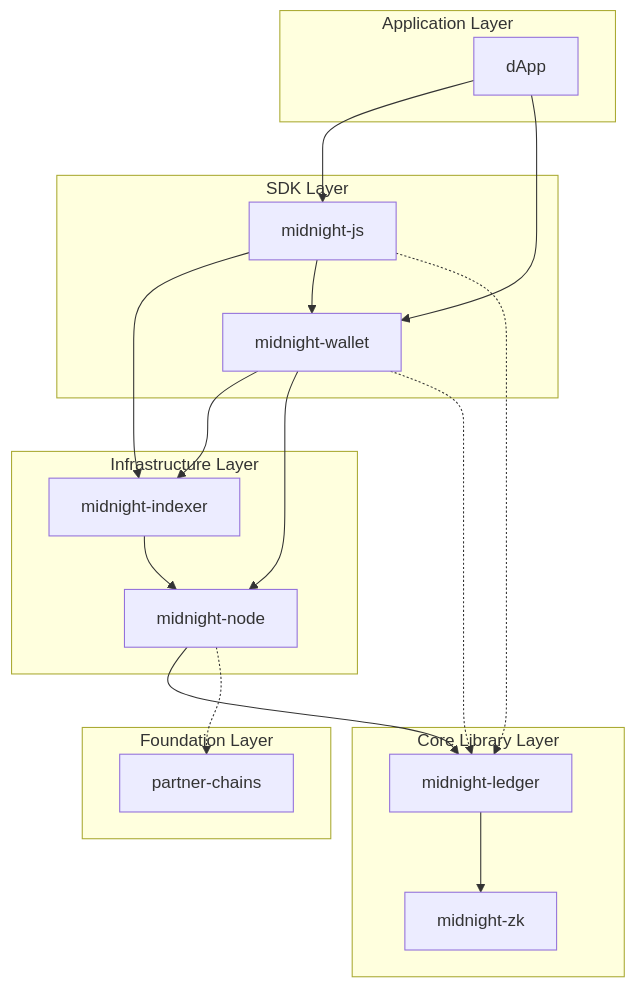
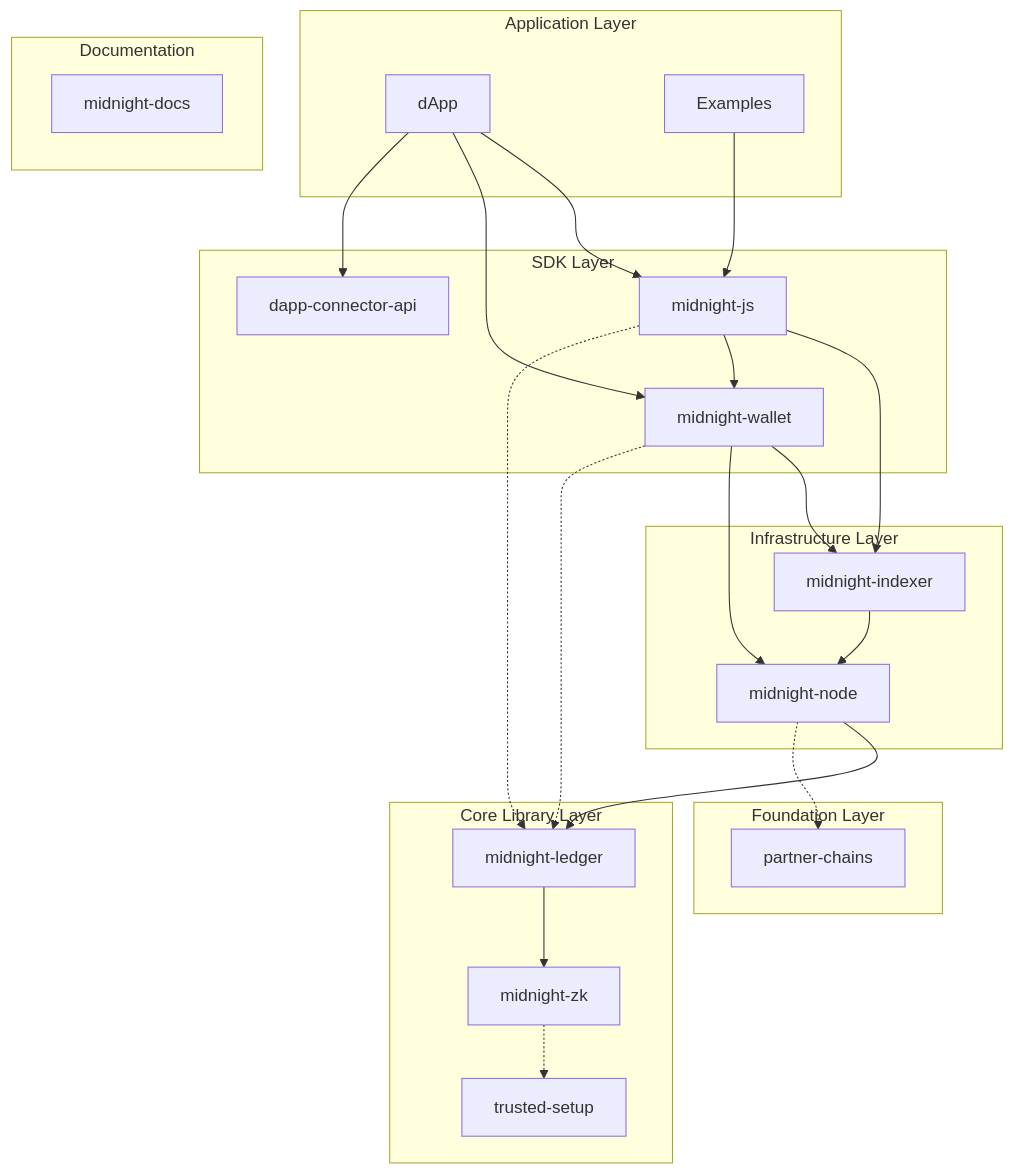
Before and after one commit to foxytanuki/midnight-sandbox: the diagram in submodules/README.md, drawn with Mermaid. The commit also changed other lines of this file, not shown here.

Commit message:
feat: enhance README with additional components and resources for Midnight blockchain, including examples, documentation, and core libraries

````diff
--- a/submodules/README.md
+++ b/submodules/README.md
@@ -7,47 +7,57 @@
 ```mermaid
 graph TB
     subgraph "Application Layer"
         dapp[dApp]
+        examples[Examples]
     end
 
     subgraph "SDK Layer"
         js[midnight-js]
         wallet[midnight-wallet]
+        connector[dapp-connector-api]
     end
 
     subgraph "Infrastructure Layer"
         indexer[midnight-indexer]
         node[midnight-node]
     end
 
     subgraph "Core Library Layer"
         ledger[midnight-ledger]
         zk[midnight-zk]
+        trusted[trusted-setup]
     end
 
     subgraph "Foundation Layer"
         partner[partner-chains]
     end
 
+    subgraph "Documentation"
+        docs[midnight-docs]
+    end
+
     %% Application → SDK
     dapp --> js
     dapp --> wallet
+    dapp --> connector
+    examples --> js
 
     %% SDK → Infrastructure
     js --> indexer
     js --> wallet
     wallet --> indexer
     wallet --> node
 
     %% Infrastructure dependencies
     indexer --> node
     node --> ledger
     node -.-> partner
 
     %% Core dependencies
     ledger --> zk
+    zk -.-> trusted
 
     %% SDK → Core (WASM bindings)
     js -.-> ledger
     wallet -.-> ledger
 ```
````
